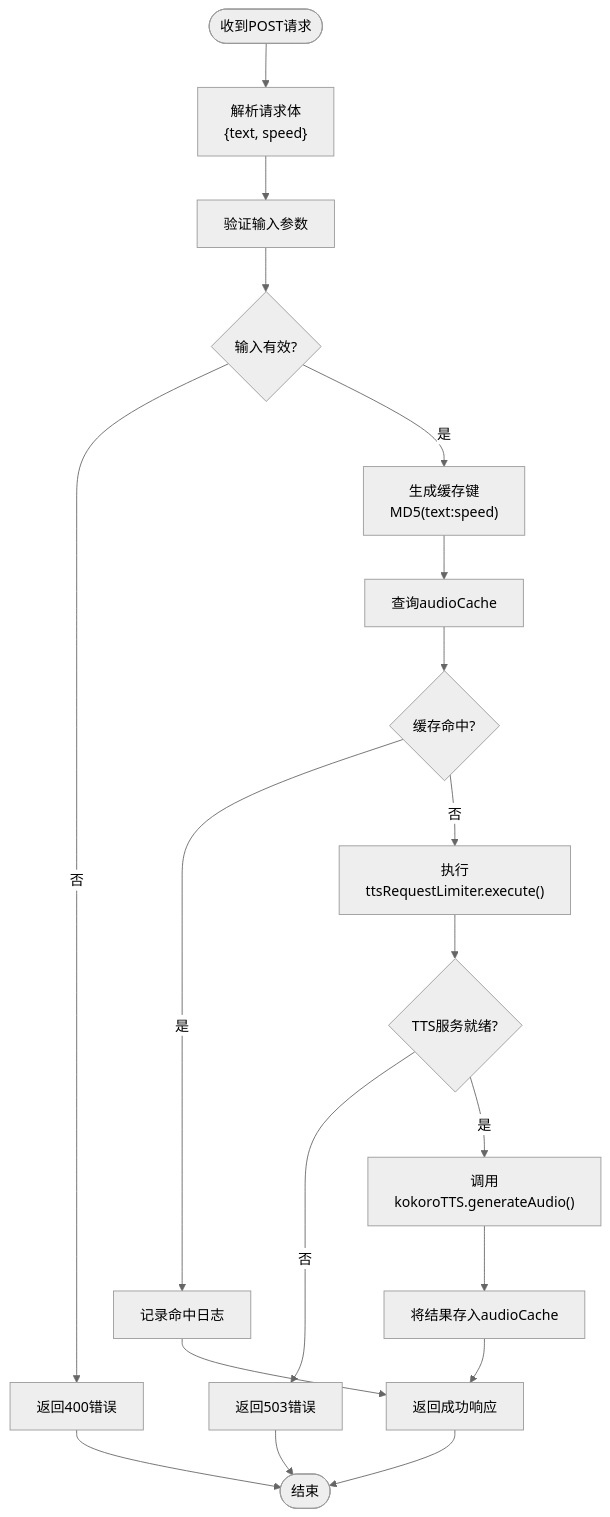
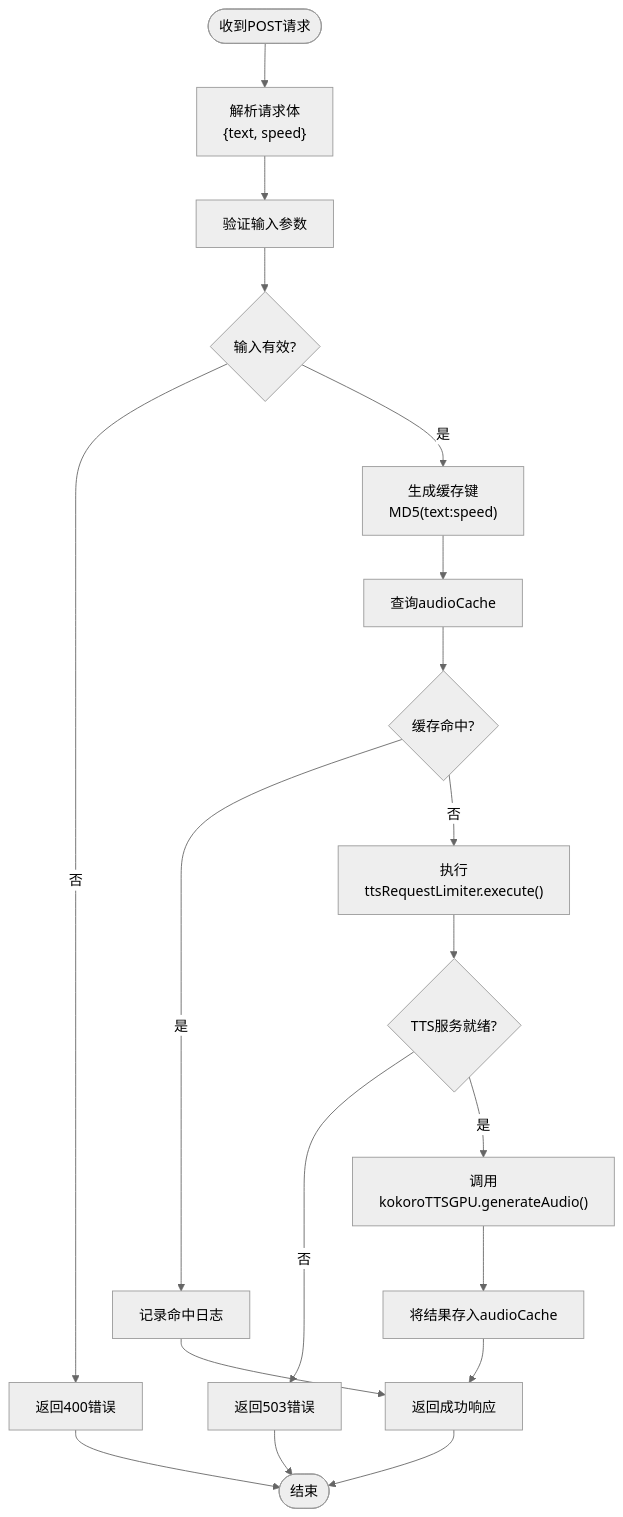
One commit to arthurlee116/english-listening-trainer changed the third of 4 diagrams in .qoder/repowiki/zh/content/后端API接口/语音合成API/优化路径与缓存机制.md. Above: the diagram before and after it, drawn with Mermaid (neutral theme). The commit also changed other lines of this file and 58 other files, not shown here.

````diff
--- a/.qoder/repowiki/zh/content/后端API接口/语音合成API/优化路径与缓存机制.md
+++ b/.qoder/repowiki/zh/content/后端API接口/语音合成API/优化路径与缓存机制.md
@@ -110,21 +109,21 @@
 ```mermaid
 flowchart TD
 Start([收到POST请求]) --> ParseBody["解析请求体\n{text, speed}"]
 ParseBody --> ValidateInput["验证输入参数"]
 ValidateInput --> InputValid{"输入有效?"}
 InputValid --> |否| ReturnError["返回400错误"]
 InputValid --> |是| GenerateKey["生成缓存键\nMD5(text:speed)"]
 GenerateKey --> CheckCache["查询audioCache"]
 CheckCache --> CacheHit{"缓存命中?"}
 CacheHit --> |是| LogHit["记录命中日志"]
 CacheHit --> |否| ExecuteTTS["执行ttsRequestLimiter.execute()"]
 ExecuteTTS --> IsReady{"TTS服务就绪?"}
 IsReady --> |否| ReturnServiceError["返回503错误"]
-IsReady --> |是| GenerateAudio["调用kokoroTTS.generateAudio()"]
+IsReady --> |是| GenerateAudio["调用kokoroTTSGPU.generateAudio()"]
 GenerateAudio --> SaveToCache["将结果存入audioCache"]
 SaveToCache --> ReturnResult["返回成功响应"]
 LogHit --> ReturnResult
 ReturnResult --> End([结束])
 ReturnError --> End
 ReturnServiceError --> End
 ```
````
